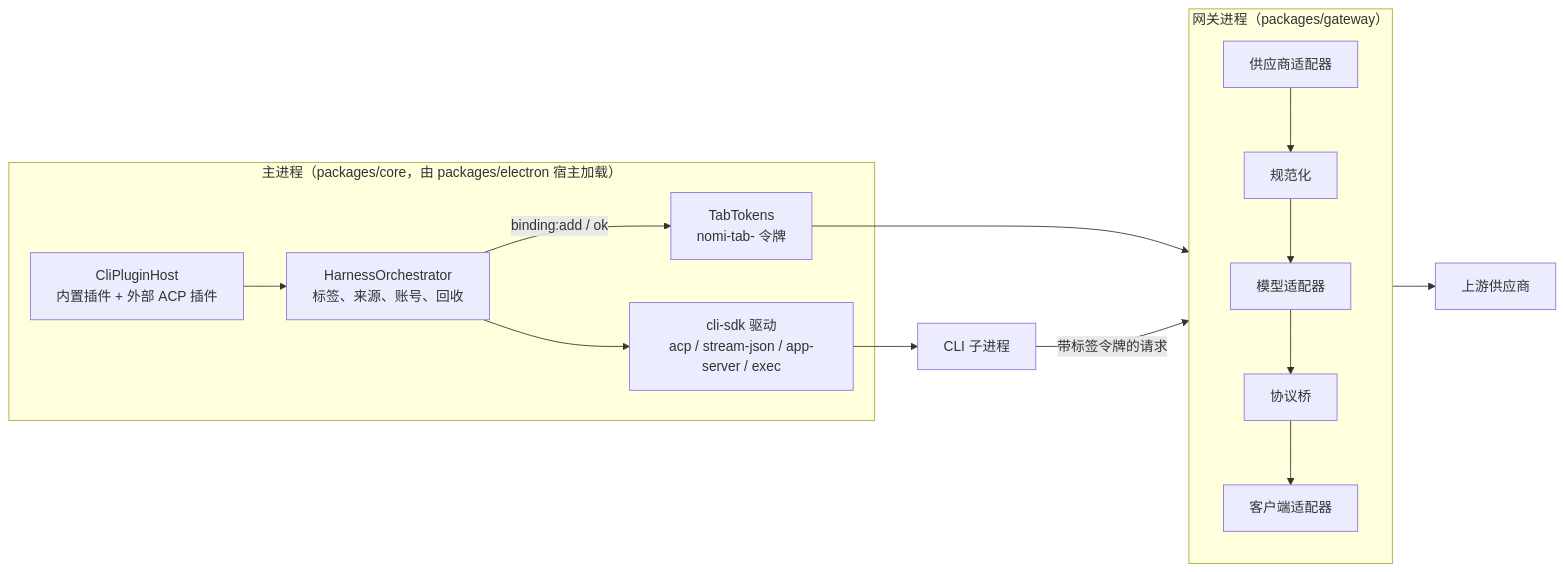
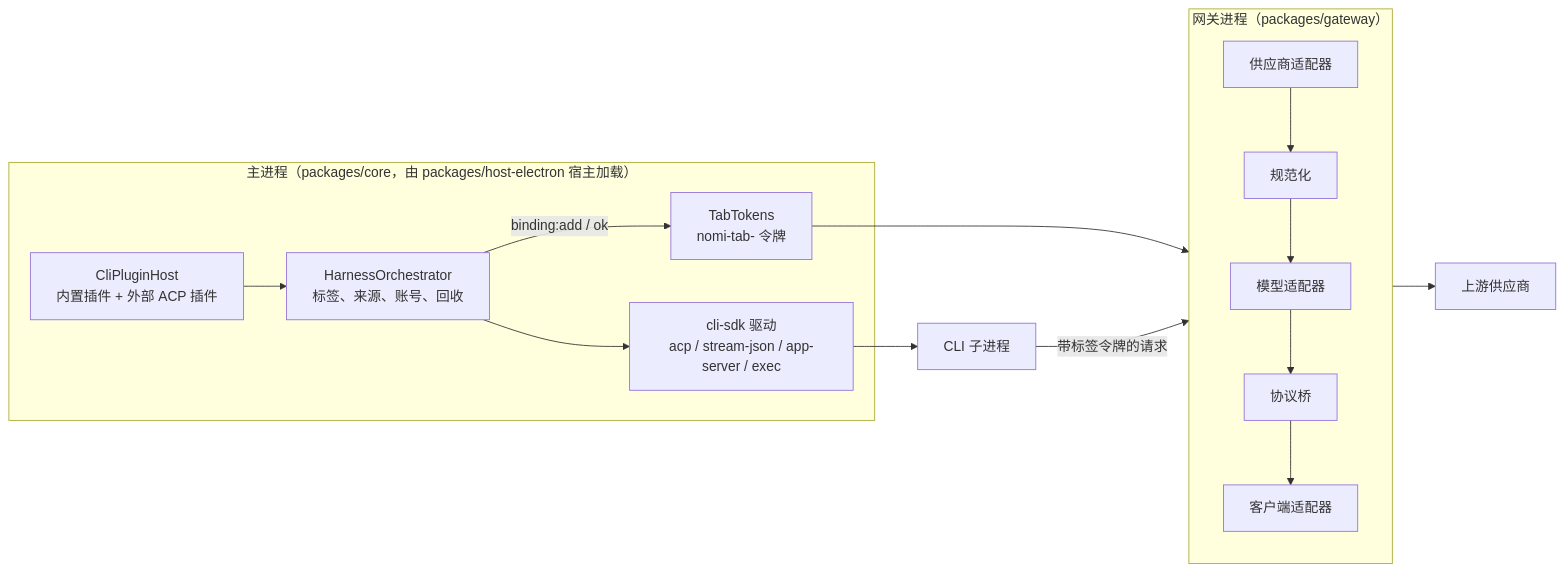
One commit to Cookieboty/nomi-ai changed the diagram in docs/development/architecture.md. Above: the diagram before and after it, drawn with Mermaid. The commit also changed other lines of this file and 13 other files, not shown here.

Commit message:
docs: point AGENTS.md and docs at packages/host-electron

````diff
--- a/docs/development/architecture.md
+++ b/docs/development/architecture.md
@@ -45,18 +45,18 @@
 ```mermaid
 flowchart LR
-  subgraph main["主进程（packages/core，由 packages/electron 宿主加载）"]
+  subgraph main["主进程（packages/core，由 packages/host-electron 宿主加载）"]
     host["CliPluginHost<br/>内置插件 + 外部 ACP 插件"]
     orch["HarnessOrchestrator<br/>标签、来源、账号、回收"]
     drv["cli-sdk 驱动<br/>acp / stream-json / app-server / exec"]
     tokens["TabTokens<br/>nomi-tab- 令牌"]
   end
   cli["CLI 子进程"]
   subgraph gw["网关进程（packages/gateway）"]
     pa["供应商适配器"] --> canon["规范化"] --> ma["模型适配器"] --> bridge["协议桥"] --> ca["客户端适配器"]
   end
   up["上游供应商"]
   host --> orch --> drv --> cli
   orch -- "binding:add / ok" --> tokens --> gw
   cli -- "带标签令牌的请求" --> gw
   gw --> up
 ```
````
